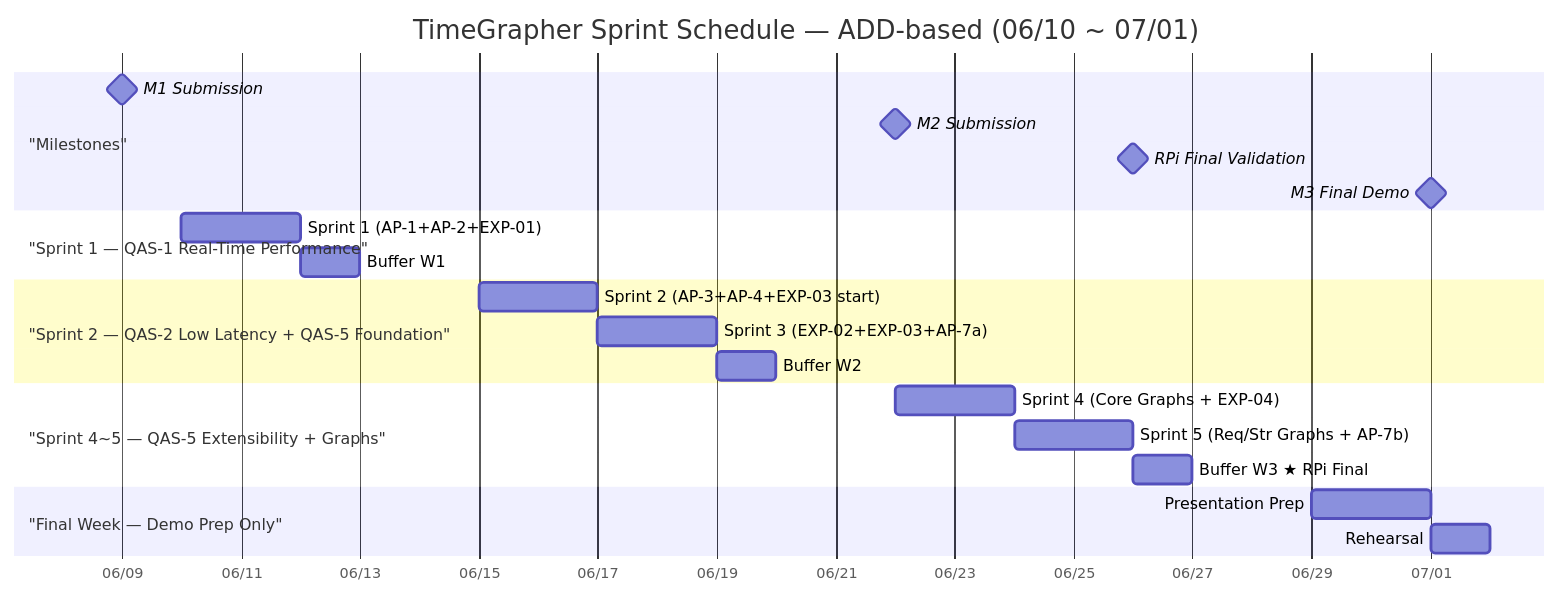
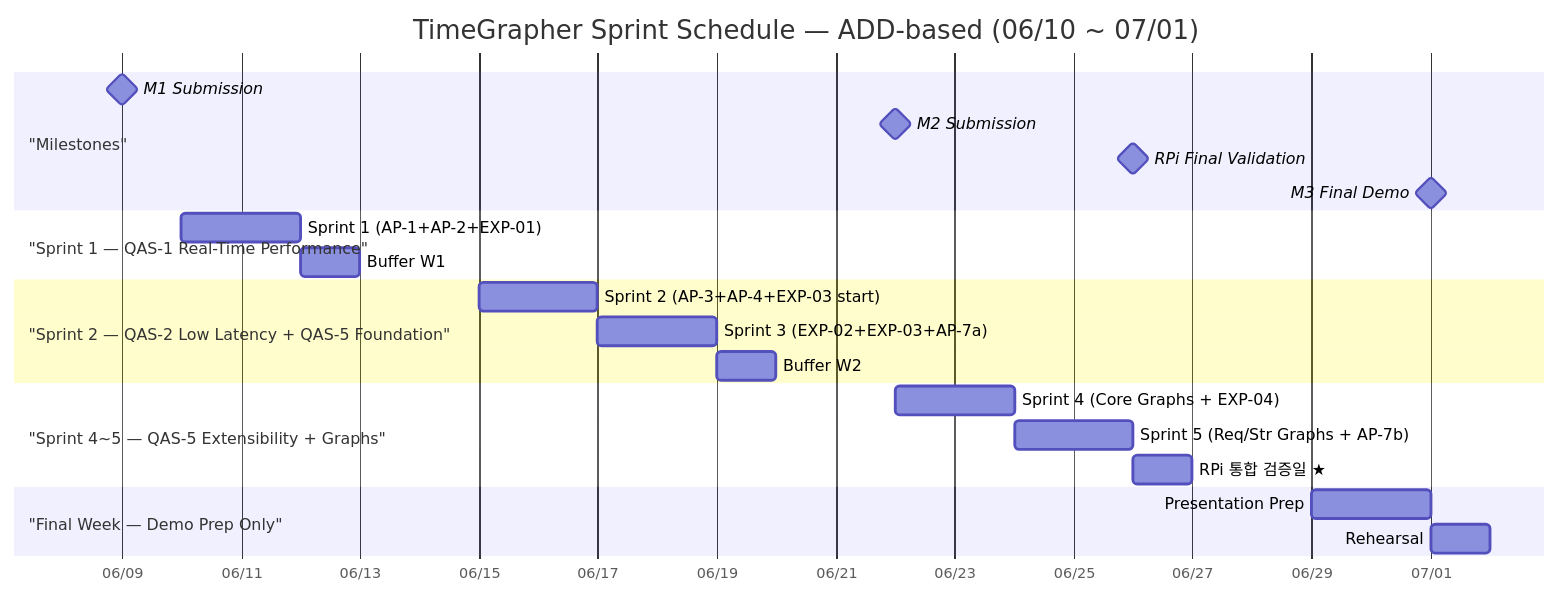
Before and after one commit to Ji-Min-Lee/2026-3-sw-architect-studio-project: the second of 3 diagrams in docs/milestone1/final/project-plan.md, drawn with Mermaid. The commit also changed other lines of this file and 1 other file, not shown here.

First line of the commit message:
docs(m1): update FR list and sprint plan with full graph coverage

````diff
--- a/docs/milestone1/final/project-plan.md
+++ b/docs/milestone1/final/project-plan.md
@@ -318,30 +328,30 @@
 ```mermaid
 gantt
     title TimeGrapher Sprint Schedule — ADD-based (06/10 ~ 07/01)
     dateFormat  YYYY-MM-DD
     axisFormat  %m/%d
 
     section "Milestones"
     M1 Submission          :milestone, m1, 2026-06-09, 0d
     M2 Submission          :milestone, m2, 2026-06-22, 0d
     RPi Final Validation   :milestone, rpidone, 2026-06-26, 0d
     M3 Final Demo          :milestone, m3, 2026-07-01, 0d
 
     section "Sprint 1 — QAS-1 Real-Time Performance"
     Sprint 1 (AP-1+AP-2+EXP-01)   :s1, 2026-06-10, 2d
     Buffer W1                       :buf1, 2026-06-12, 1d
 
     section "Sprint 2 — QAS-2 Low Latency + QAS-5 Foundation"
     Sprint 2 (AP-3+AP-4+EXP-03 start) :s2, 2026-06-15, 2d
     Sprint 3 (EXP-02+EXP-03+AP-7a)    :s3, 2026-06-17, 2d
     Buffer W2                           :buf2, 2026-06-19, 1d
 
     section "Sprint 4~5 — QAS-5 Extensibility + Graphs"
     Sprint 4 (Core Graphs + EXP-04) :s4, 2026-06-22, 2d
     Sprint 5 (Req/Str Graphs + AP-7b) :s5, 2026-06-24, 2d
-    Buffer W3 ★ RPi Final            :buf3, 2026-06-26, 1d
+    RPi 통합 검증일 ★            :buf3, 2026-06-26, 1d
 
     section "Final Week — Demo Prep Only"
     Presentation Prep      :pp, 2026-06-29, 2d
     Rehearsal              :rh, 2026-07-01, 1d
 ```
````
